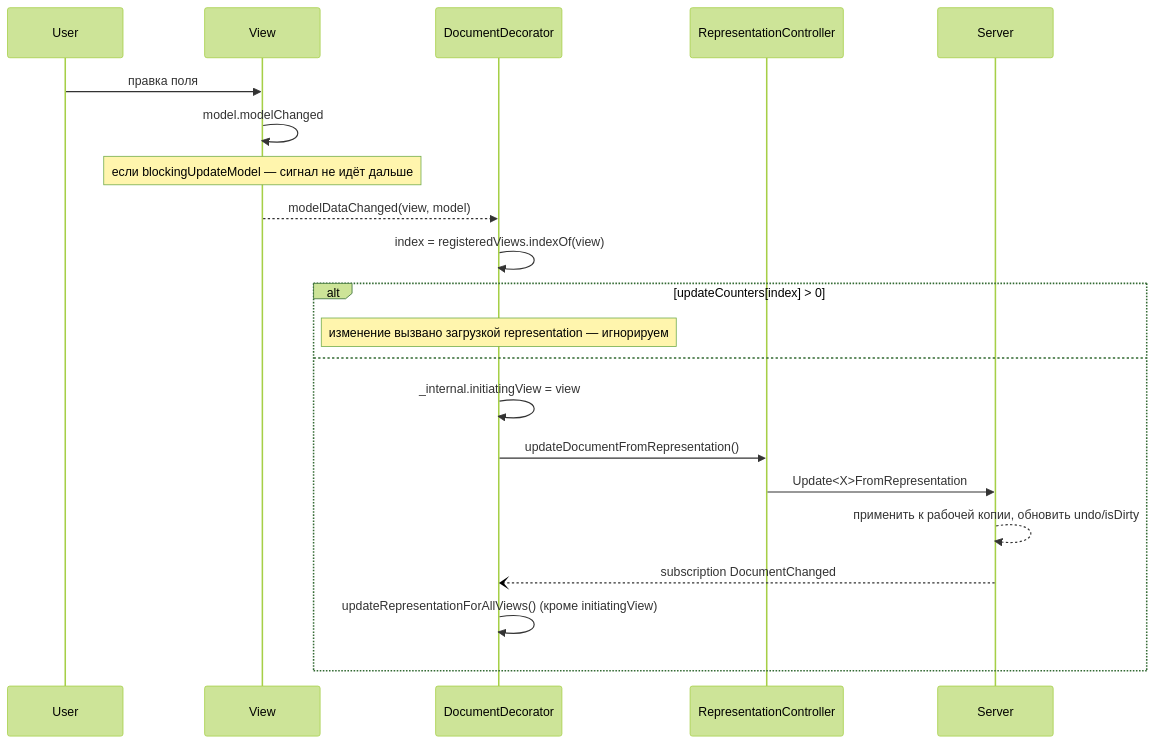
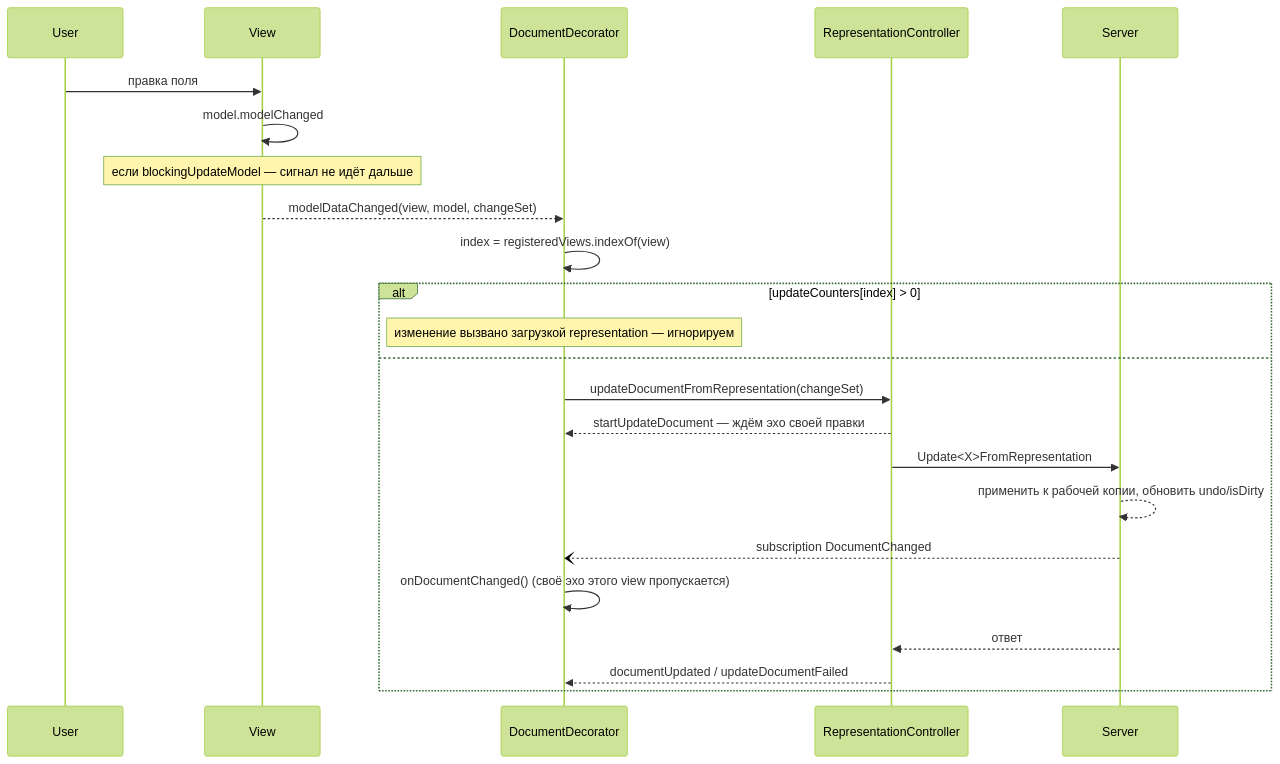
Before and after one commit to ImagingTools/ImtCore: the second of 2 diagrams in Docs/Qml/DocumentService_Client_Architecture.ru.md, drawn with Mermaid (forest theme). The commit also changed other lines of this file and 69 other files, not shown here.

````diff
--- a/Docs/Qml/DocumentService_Client_Architecture.ru.md
+++ b/Docs/Qml/DocumentService_Client_Architecture.ru.md
@@ -715,24 +715,26 @@
 ```mermaid
 sequenceDiagram
     participant U as User
     participant V as View
     participant D as DocumentDecorator
     participant RC as RepresentationController
     participant S as Server
 
     U->>V: правка поля
     V->>V: model.modelChanged
     Note over V: если blockingUpdateModel — сигнал не идёт дальше
-    V-->>D: modelDataChanged(view, model)
+    V-->>D: modelDataChanged(view, model, changeSet)
     D->>D: index = registeredViews.indexOf(view)
     alt updateCounters[index] > 0
         Note over D: изменение вызвано загрузкой representation — игнорируем
     else
-        D->>D: _internal.initiatingView = view
-        D->>RC: updateDocumentFromRepresentation()
+        D->>RC: updateDocumentFromRepresentation(changeSet)
+        RC-->>D: startUpdateDocument — ждём эхо своей правки
         RC->>S: Update<X>FromRepresentation
         S-->>S: применить к рабочей копии, обновить undo/isDirty
         S--)D: subscription DocumentChanged
-        D->>D: updateRepresentationForAllViews()  (кроме initiatingView)
+        D->>D: onDocumentChanged()  (своё эхо этого view пропускается)
+        S-->>RC: ответ
+        RC-->>D: documentUpdated / updateDocumentFailed
     end
 ```
````
